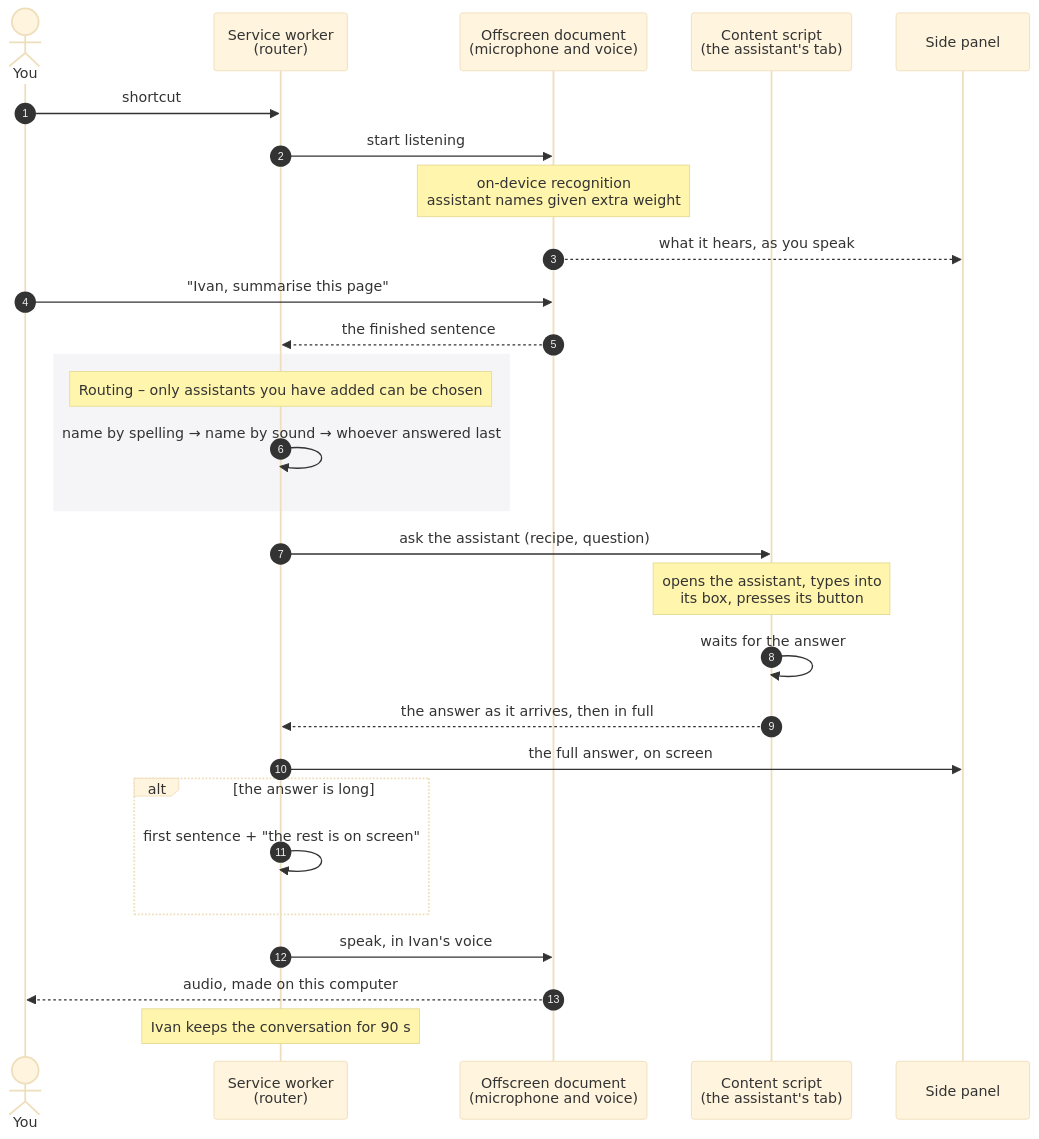
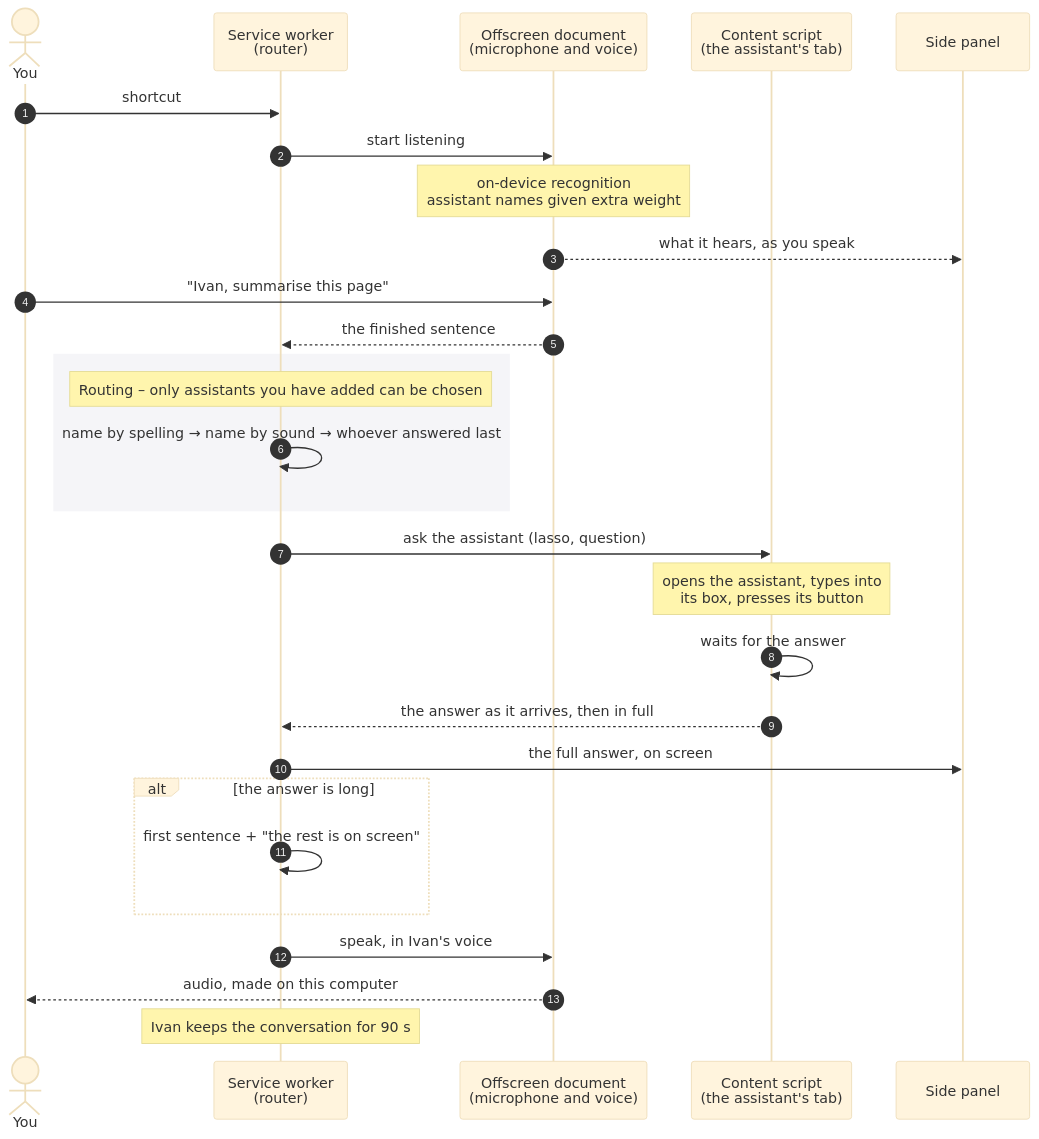
The second of 5 diagrams in README.md (openposse-org/openposse-extension), drawn with Mermaid (base theme) before and after one commit. The commit also changed other lines of this file and 43 other files, not shown here.

````diff
--- a/README.md
+++ b/README.md
@@ -218,35 +218,35 @@
 ```mermaid
 sequenceDiagram
     autonumber
     actor You
     participant SW as Service worker<br/>(router)
     participant Mic as Offscreen document<br/>(microphone and voice)
     participant CS as Content script<br/>(the assistant's tab)
     participant Panel as Side panel
 
     You->>SW: shortcut
     SW->>Mic: start listening
     Note over Mic: on-device recognition<br/>assistant names given extra weight
     Mic-->>Panel: what it hears, as you speak
     You->>Mic: "Ivan, summarise this page"
     Mic-->>SW: the finished sentence
 
     rect rgb(245,245,248)
     Note over SW: Routing – only assistants you have added can be chosen
     SW->>SW: name by spelling → name by sound → whoever answered last
     end
 
-    SW->>CS: ask the assistant (recipe, question)
+    SW->>CS: ask the assistant (lasso, question)
     Note over CS: opens the assistant, types into<br/>its box, presses its button
     CS->>CS: waits for the answer
     CS-->>SW: the answer as it arrives, then in full
     SW->>Panel: the full answer, on screen
 
     alt the answer is long
         SW->>SW: first sentence + "the rest is on screen"
     end
 
     SW->>Mic: speak, in Ivan's voice
     Mic-->>You: audio, made on this computer
     Note over SW: Ivan keeps the conversation for 90 s
 ```
````
